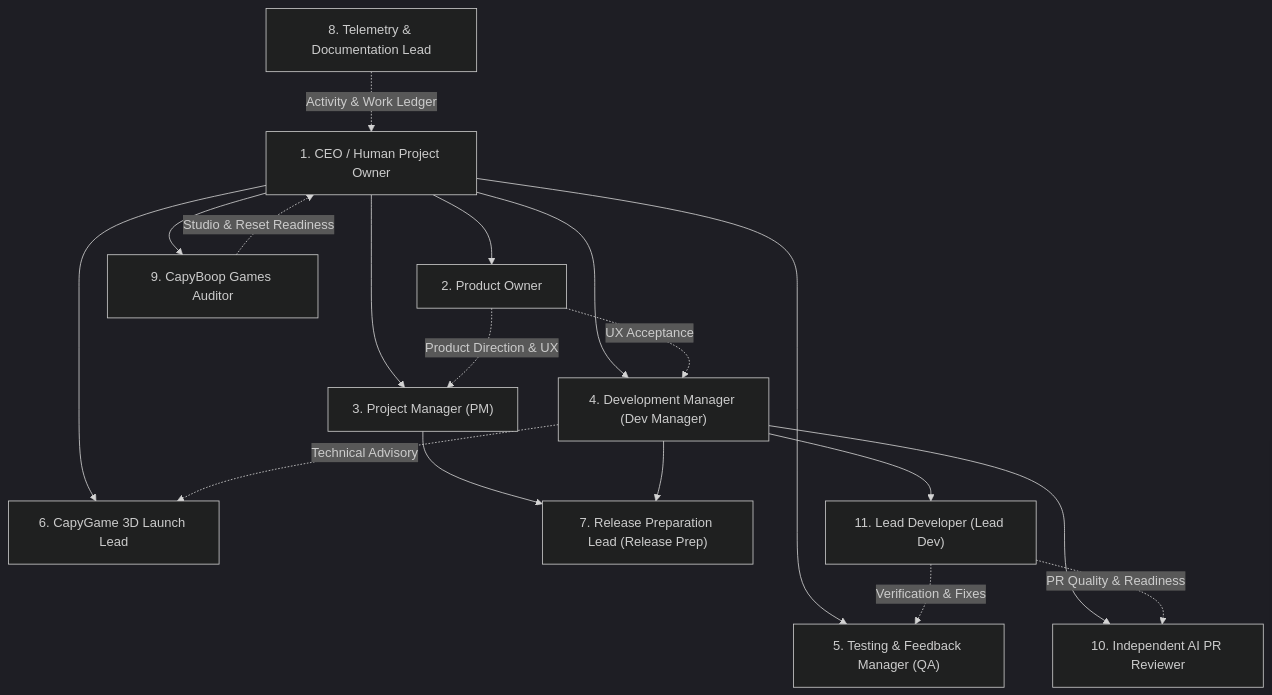
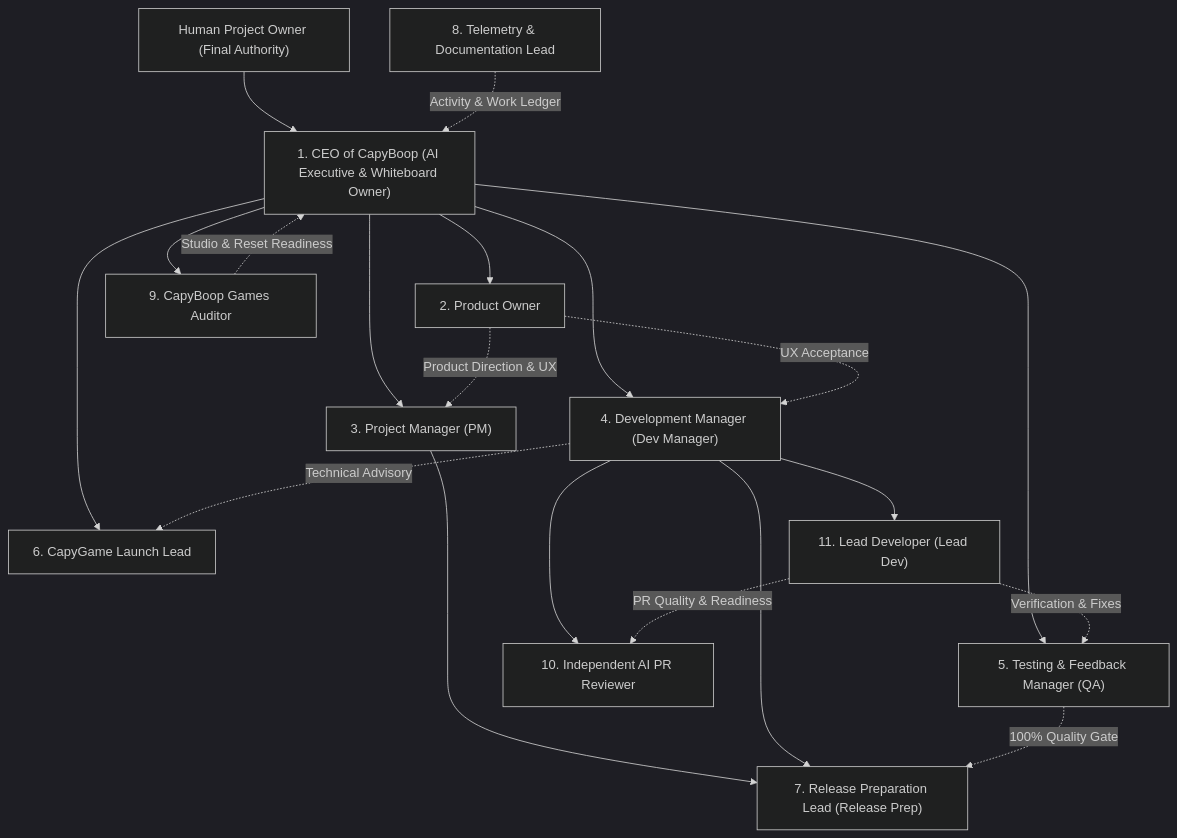
The diagram in CAPYBOOP.md (shthed/capy), drawn with Mermaid (dark theme) before and after one commit. The commit also changed other lines of this file and 3 other files, not shown here.

Commit message:
docs: align CAPYBOOP, AGENTS, DEV, and PROJECT with dynamic roles, CapyGame naming, and living-doc direct-to-main updates

````diff
--- a/CAPYBOOP.md
+++ b/CAPYBOOP.md
@@ -29,32 +36,35 @@
 ```mermaid
 flowchart TD
-    CEO["1. CEO / Human Project Owner"]
+    OWNER["Human Project Owner (Final Authority)"]
+    CEO["1. CEO of CapyBoop (AI Executive & Whiteboard Owner)"]
     PO["2. Product Owner"]
     PM["3. Project Manager (PM)"]
     DEV["4. Development Manager (Dev Manager)"]
     QA["5. Testing & Feedback Manager (QA)"]
-    CAPY3D["6. CapyGame 3D Launch Lead"]
+    CAPYGAME["6. CapyGame Launch Lead"]
     REL["7. Release Preparation Lead (Release Prep)"]
     TEL["8. Telemetry & Documentation Lead"]
     AUDIT["9. CapyBoop Games Auditor"]
     REV["10. Independent AI PR Reviewer"]
     LEAD["11. Lead Developer (Lead Dev)"]
 
+    OWNER --> CEO
     CEO --> PO
     CEO --> PM
     CEO --> DEV
     CEO --> QA
-    CEO --> CAPY3D
+    CEO --> CAPYGAME
     CEO --> AUDIT
     PO -. "Product Direction & UX" .-> PM
     PO -. "UX Acceptance" .-> DEV
     DEV --> LEAD
     PM --> REL
     DEV --> REL
     DEV --> REV
-    DEV -. "Technical Advisory" .-> CAPY3D
+    DEV -. "Technical Advisory" .-> CAPYGAME
     LEAD -. "Verification & Fixes" .-> QA
     LEAD -. "PR Quality & Readiness" .-> REV
+    QA -. "100% Quality Gate" .-> REL
     AUDIT -. "Studio & Reset Readiness" .-> CEO
     TEL -. "Activity & Work Ledger" .-> CEO
 ```
````
